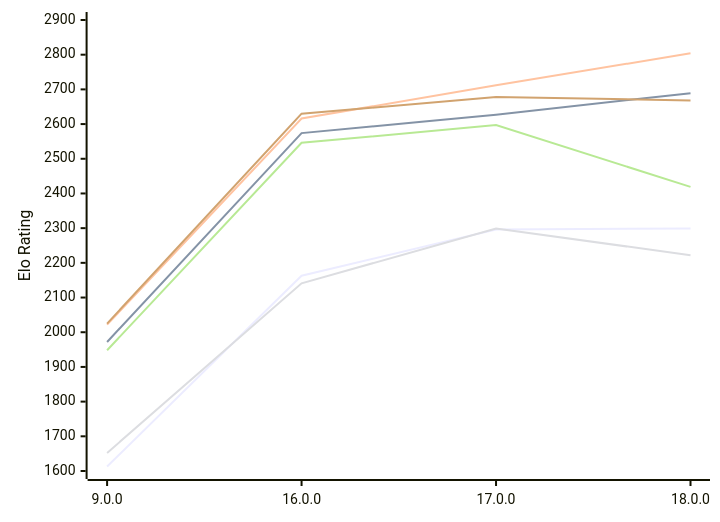
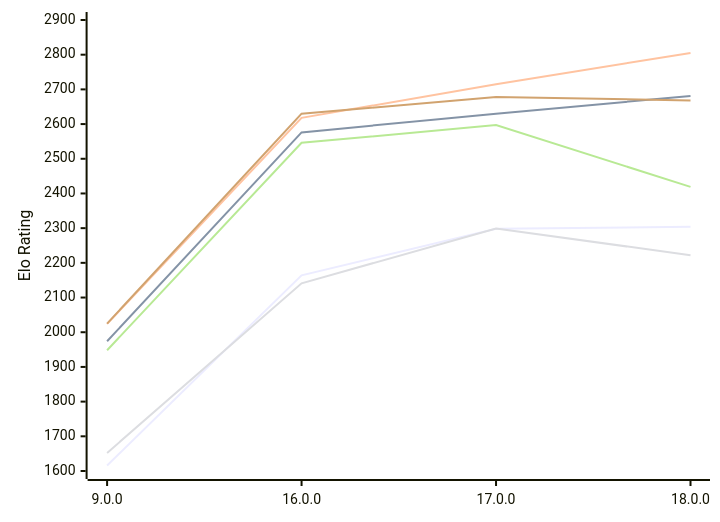
Before and after one commit to computer-chess-index/cci: the first of 2 diagrams in engines/Cepimetheus.md, drawn with Mermaid. The commit also changed other lines of this file, not shown here.

Commit message:
Update CCI Ratings (ELO VLTC) - 2026-11-21

````diff
--- a/engines/Cepimetheus.md
+++ b/engines/Cepimetheus.md
@@ -66,12 +66,12 @@
 ```mermaid
 %%{init: {"theme":"base","themeVariables":{"seriesColors:['#a3a3a3','#222221','#faa371']}}}%%
 xychart-beta
   x-axis ["9.0.0", "16.0.0", "17.0.0", "18.0.0"]
   y-axis "Elo Rating" 1600 --> 2900
-  line "E1: STC (8.0+0.08s)" [1613, 2163, 2296, 2299]
-  line "E1: LTC (60.0+0.60s)" [1972, 2574, 2627, 2689]
-  line "E1: VLTC (2m24s+1.12s)" [2022, 2616, 2712, 2804]
+  line "E1: STC (8.0+0.08s)" [1616, 2164, 2298, 2304]
+  line "E1: LTC (60.0+0.60s)" [1974, 2576, 2630, 2681]
+  line "E1: VLTC (2m24s+1.12s)" [2024, 2618, 2715, 2805]
   line "P1: STC (8.0+0.08s)" [1652, 2141, 2299, 2222]
   line "P1: LTC (60.0+0.60s)" [1948, 2546, 2597, 2419]
   line "P1: VLTC (2m24s+1.12s)" [2025, 2630, 2678, 2668]
 ```
````
